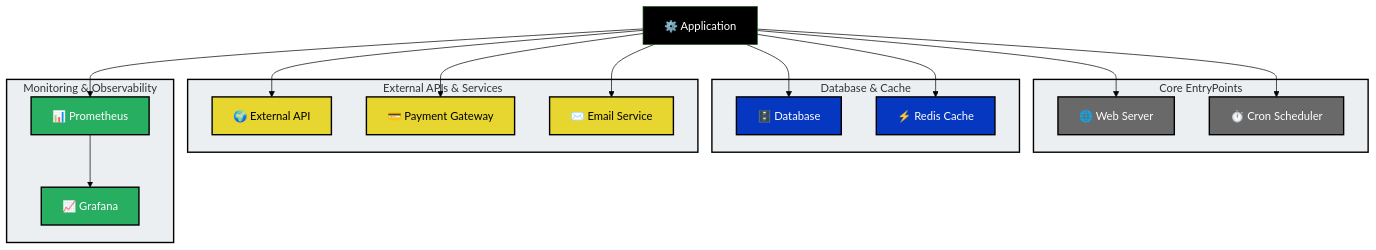
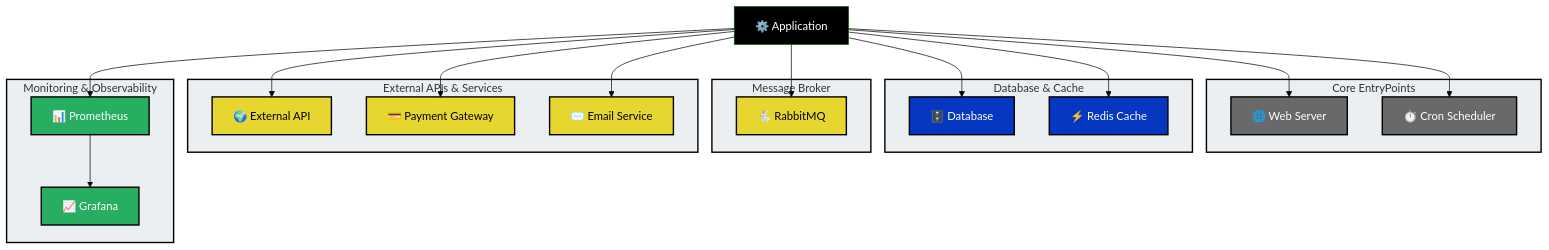
One commit to Developer-Samuel/levelup-store changed the diagram in docs/diagrams/graphs/architecture/deployment.mmd. Above: the diagram before and after it, drawn with Mermaid (forest theme). The commit also changed 6 other files, not shown here.

Commit message:
docs: add RabbitMQ references across documentation and diagrams

```diff
--- a/docs/diagrams/graphs/architecture/deployment.mmd
+++ b/docs/diagrams/graphs/architecture/deployment.mmd
@@ -1,55 +1,62 @@
 graph TD
     %% Subgraph styles
     style Entrypoints fill:#eceff1, stroke:#000, stroke-width:2px;
     style DBCache fill:#eceff1, stroke:#000, stroke-width:2px;
+    style Broker fill:#eceff1, stroke:#000, stroke-width:2px;
     style ApiServices fill:#eceff1, stroke:#000, stroke-width:2px;
     style MonitoringLayer fill:#eceff1, stroke:#000, stroke-width:2px;
 
     %% Class Styles
     classDef app fill:#000, color:#fff;
     classDef entrypoint fill:#696969, color:#fff, stroke:#000, stroke-width:2px;
     classDef db_cache fill:#0637c0, color:#fff, stroke:#000, stroke-width:2px;
     classDef api_service fill:#e7d62f, color:#000, stroke:#000, stroke-width:2px;
     classDef monitoring fill:#27ae60, color:#fff, stroke:#000, stroke-width:2px;
 
     %% Root
     App[⚙️ Application]:::app
 
     %% Entrypoints / Core runtime
     subgraph Entrypoints["Core EntryPoints"]
         WebServer[🌐 Web Server]:::entrypoint
         Cron[⏱️ Cron Scheduler]:::entrypoint
     end
 
     %% Database & Cache
     subgraph DBCache["Database & Cache"]
         DB[🗄️ Database]:::db_cache
         Cache[⚡ Redis Cache]:::db_cache
     end
 
+    %% Message Broker
+    subgraph Broker["Message Broker"]
+        Queue[🐇 RabbitMQ]:::api_service
+    end
+
     %% External APIs / Services
     subgraph ApiServices["External APIs & Services"]
         API[🌍 External API]:::api_service
         Stripe[💳 Payment Gateway]:::api_service
         SMTP[✉️ Email Service]:::api_service
     end
 
     %% Monitoring
     subgraph MonitoringLayer["Monitoring & Observability"]
         Prometheus[📊 Prometheus]:::monitoring
         Grafana[📈 Grafana]:::monitoring
     end
 
     %% Connections
     App --> WebServer
     App --> Cron
 
     App --> DB
     App --> Cache
+    App --> Queue
 
     App --> API
     App --> Stripe
     App --> SMTP
 
     App --> Prometheus
     Prometheus --> Grafana
```
